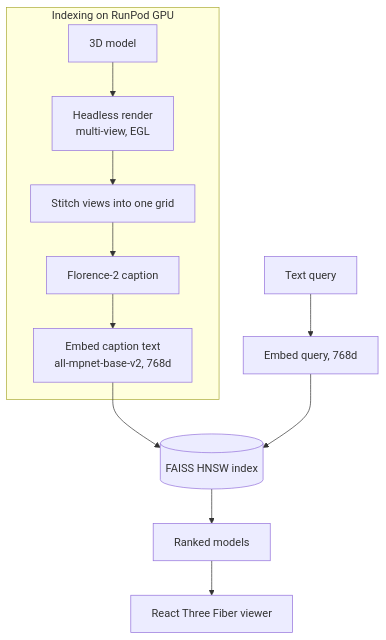
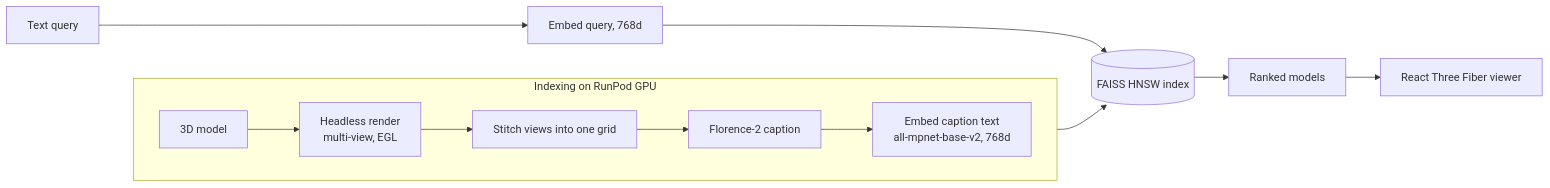
The first of 2 diagrams in README.md (aenoriss/3DRAG), drawn with Mermaid before and after one commit.

Commit message:
docs: make architecture diagram horizontal

````diff
--- a/README.md
+++ b/README.md
@@ -22,12 +22,13 @@
 ```mermaid
-flowchart TD
+flowchart LR
   subgraph Index [Indexing on RunPod GPU]
+    direction LR
     M[3D model] --> R[Headless render<br/>multi-view, EGL]
     R --> ST[Stitch views into one grid]
     ST --> C[Florence-2 caption]
     C --> E[Embed caption text<br/>all-mpnet-base-v2, 768d]
   end
   E --> FA[(FAISS HNSW index)]
   Q[Text query] --> QE[Embed query, 768d] --> FA
   FA --> RES[Ranked models] --> V[React Three Fiber viewer]
 ```
````
